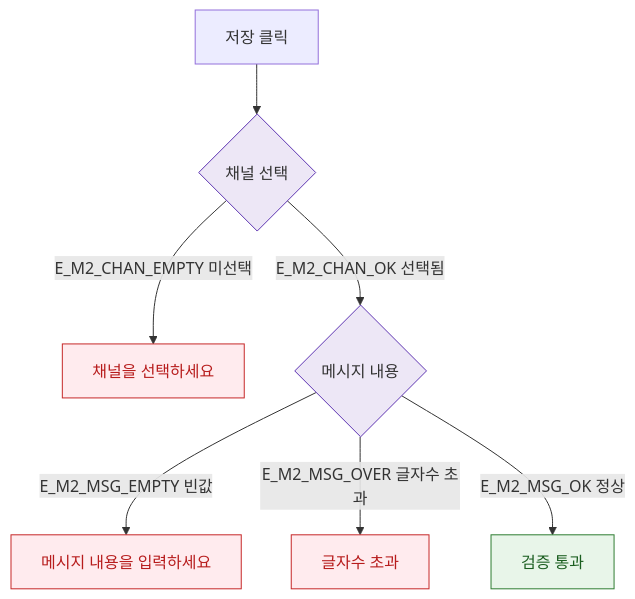
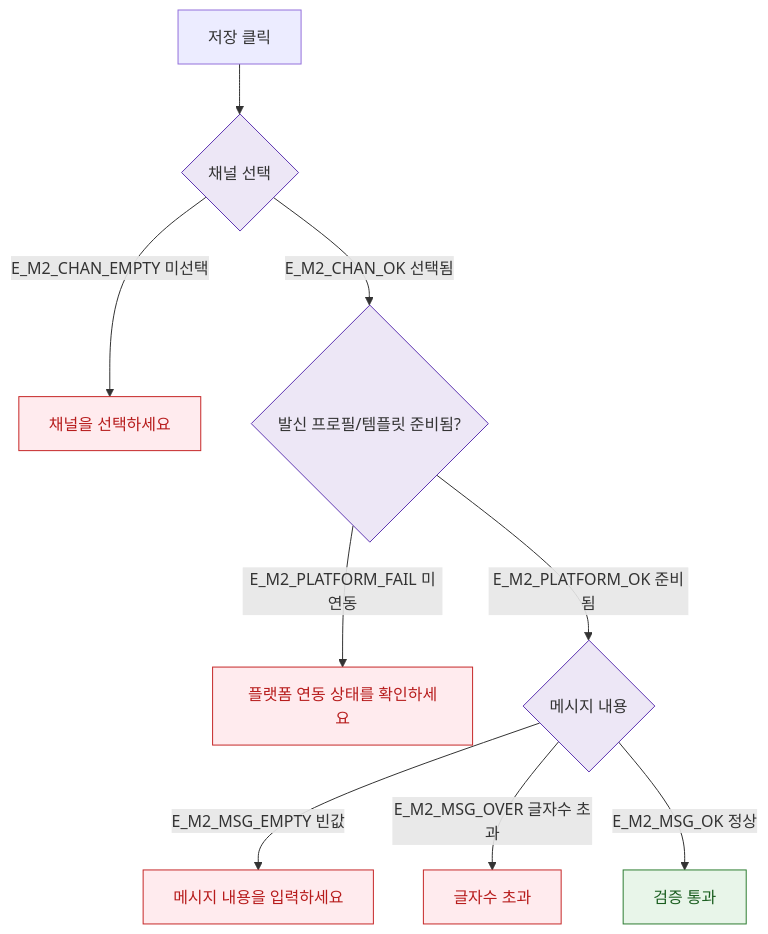
Before and after one commit to dev-spogym/admin-pando: the diagram in docs/admin/다이어그램/D08_마케팅/DLG/DLG-072-001_알림규칙편집/M2_필드검증.md, drawn with Mermaid. The commit also changed other lines of this file and 25 other files, not shown here.

````diff
--- a/docs/admin/다이어그램/D08_마케팅/DLG/DLG-072-001_알림규칙편집/M2_필드검증.md
+++ b/docs/admin/다이어그램/D08_마케팅/DLG/DLG-072-001_알림규칙편집/M2_필드검증.md
@@ -12,17 +12,19 @@
 ```mermaid
 flowchart TD
   SAVE[저장 클릭] --> F_CHAN{채널 선택}
   F_CHAN -->|E_M2_CHAN_EMPTY 미선택|ERR_CHAN[채널을 선택하세요]
-  F_CHAN -->|E_M2_CHAN_OK 선택됨|F_MSG{메시지 내용}
+  F_CHAN -->|E_M2_CHAN_OK 선택됨|F_PLATFORM{발신 프로필/템플릿 준비됨?}
+  F_PLATFORM -->|E_M2_PLATFORM_FAIL 미연동|ERR_PLATFORM[플랫폼 연동 상태를 확인하세요]
+  F_PLATFORM -->|E_M2_PLATFORM_OK 준비됨|F_MSG{메시지 내용}
   F_MSG -->|E_M2_MSG_EMPTY 빈값|ERR_MSG[메시지 내용을 입력하세요]
   F_MSG -->|E_M2_MSG_OVER 글자수 초과|ERR_OVER[글자수 초과]
   F_MSG -->|E_M2_MSG_OK 정상|ALL_OK[검증 통과]
 
   classDef error fill:#FFEBEE,stroke:#C62828,color:#B71C1C
   classDef success fill:#E8F5E9,stroke:#2E7D32,color:#1B5E20
   classDef system fill:#EDE7F6,stroke:#5E35B2
 
-  class ERR_CHAN,ERR_MSG,ERR_OVER error
+  class ERR_CHAN,ERR_PLATFORM,ERR_MSG,ERR_OVER error
   class ALL_OK success
-  class F_CHAN,F_MSG system
+  class F_CHAN,F_PLATFORM,F_MSG system
 ```
````
